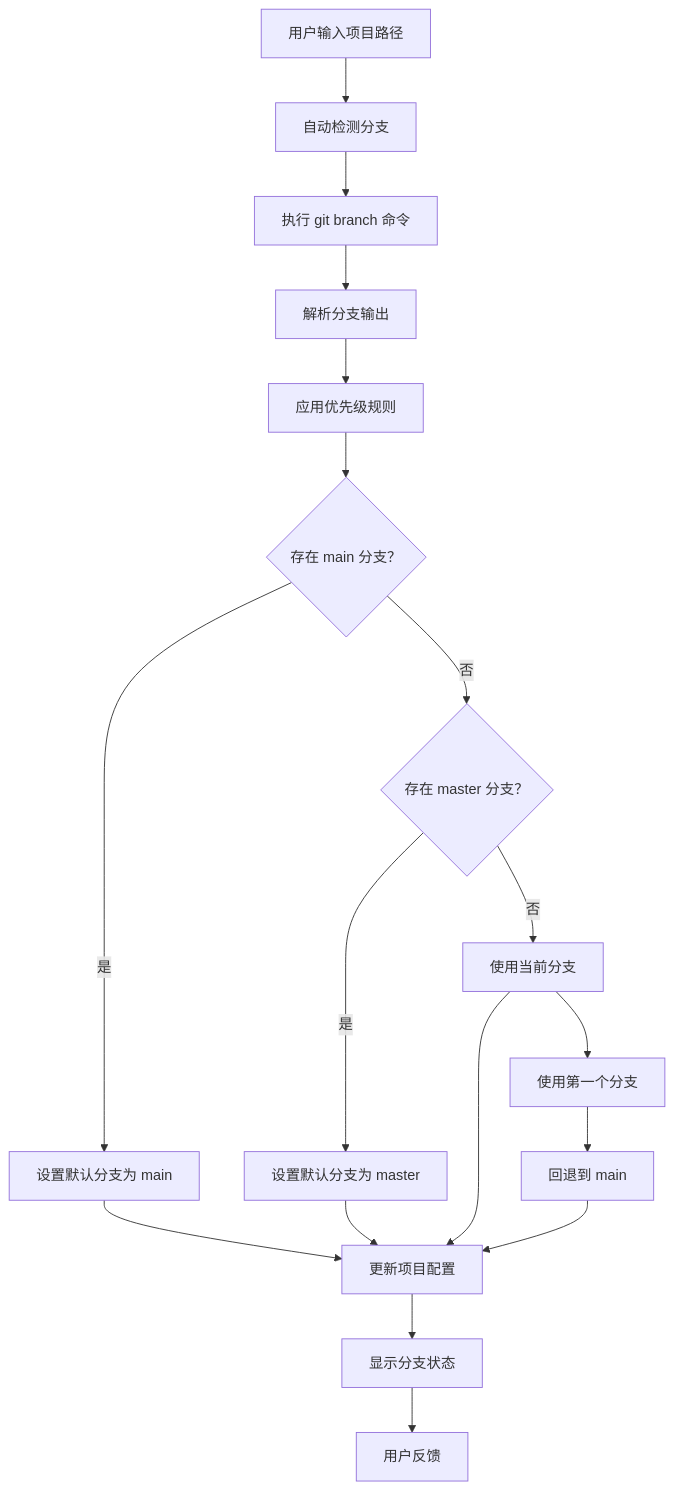
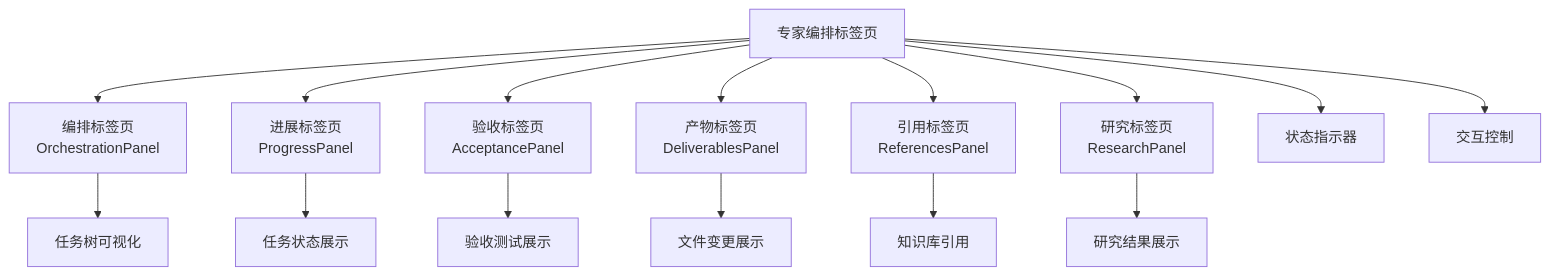
Diagram 12 of 22 in .qoder/repowiki/zh/content/Web 前端应用/Web 前端应用.md (coconilu/RepoHelm), drawn with Mermaid before and after one commit. The commit also changed other lines of this file and 14 other files, not shown here.

First line of the commit message:
Add expert orchestration UI and SSE support

````diff
--- a/.qoder/repowiki/zh/content/Web 前端应用/Web 前端应用.md
+++ b/.qoder/repowiki/zh/content/Web 前端应用/Web 前端应用.md
@@ -561,20 +810,17 @@
 ```mermaid
 flowchart TD
-UserInput["用户输入项目路径"] --> DetectBranch["自动检测分支"]
-DetectBranch --> GitCommand["执行 git branch 命令"]
-GitCommand --> ParseOutput["解析分支输出"]
-ParseOutput --> PriorityRule["应用优先级规则"]
-PriorityRule --> MainCheck{"存在 main 分支？"}
-MainCheck --> |是| SetMain["设置默认分支为 main"]
-MainCheck --> |否| MasterCheck{"存在 master 分支？"}
-MasterCheck --> |是| SetMaster["设置默认分支为 master"]
-MasterCheck --> |否| CurrentBranch["使用当前分支"]
-CurrentBranch --> FirstBranch["使用第一个分支"]
-FirstBranch --> Fallback["回退到 main"]
-SetMain --> UpdateConfig["更新项目配置"]
-SetMaster --> UpdateConfig
-CurrentBranch --> UpdateConfig
-Fallback --> UpdateConfig
-UpdateConfig --> ShowStatus["显示分支状态"]
-ShowStatus --> UserFeedback["用户反馈"]
+ExpertTab["专家编排标签页"] --> Orchestration["编排标签页<br/>OrchestrationPanel"]
+ExpertTab --> Progress["进展标签页<br/>ProgressPanel"]
+ExpertTab --> Acceptance["验收标签页<br/>AcceptancePanel"]
+ExpertTab --> Deliverables["产物标签页<br/>DeliverablesPanel"]
+ExpertTab --> References["引用标签页<br/>ReferencesPanel"]
+ExpertTab --> Research["研究标签页<br/>ResearchPanel"]
+Orchestration --> TaskTree["任务树可视化"]
+Progress --> TaskStatus["任务状态展示"]
+Acceptance --> TestCases["验收测试展示"]
+Deliverables --> FileChanges["文件变更展示"]
+References --> KnowledgeRefs["知识库引用"]
+Research --> ResearchResults["研究结果展示"]
+ExpertTab --> StatusIndicator["状态指示器"]
+ExpertTab --> InteractionControls["交互控制"]
 ```
````
